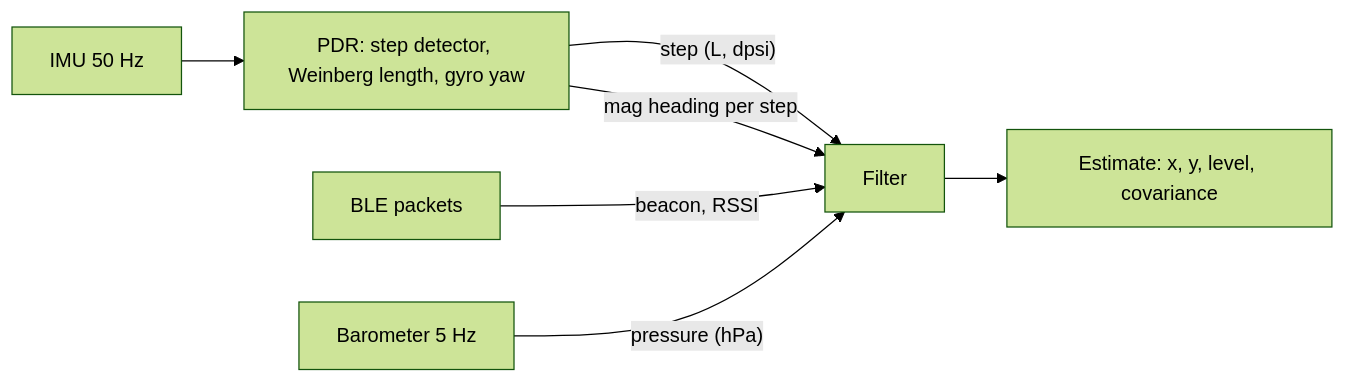
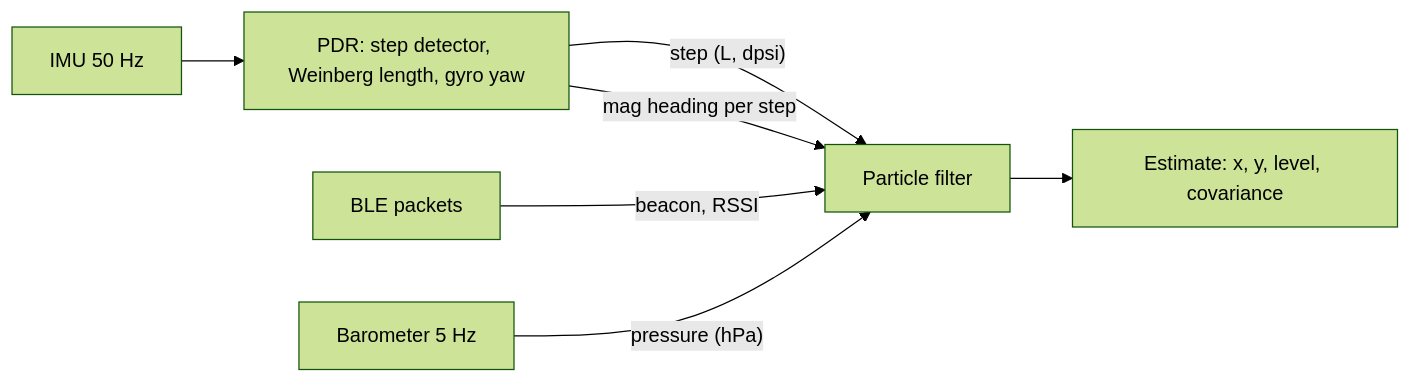
Before and after one commit to Yusufss4/indoor-positioning-engine: the diagram in docs/design.md, drawn with Mermaid (forest theme). The commit also changed other lines of this file and 51 other files, not shown here.

First line of the commit message:
Remove the EKF, weighted centroid and pf-nomap; the particle filter is the engine

````diff
--- a/docs/design.md
+++ b/docs/design.md
@@ -5,9 +5,9 @@
 ```mermaid
 flowchart LR
   IMU[IMU 50 Hz] --> PDR[PDR: step detector, Weinberg length, gyro yaw]
-  PDR -->|"step (L, dpsi)"| F[Filter]
+  PDR -->|"step (L, dpsi)"| F[Particle filter]
   PDR -->|mag heading per step| F
   BLE[BLE packets] -->|"beacon, RSSI"| F
   Baro[Barometer 5 Hz] -->|"pressure (hPa)"| F
   F --> Est[Estimate: x, y, level, covariance]
 ```
````
